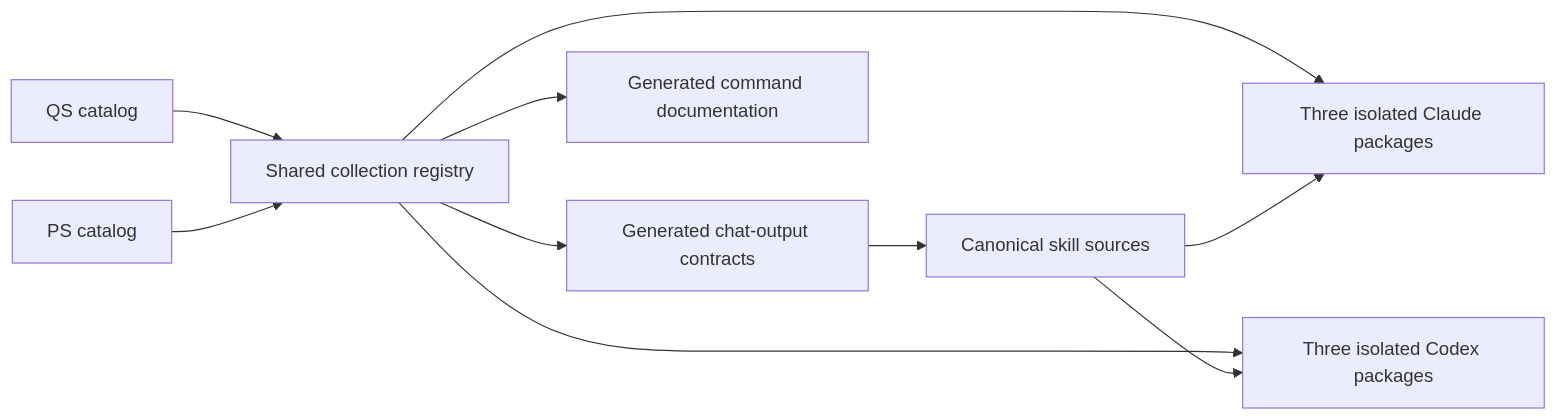
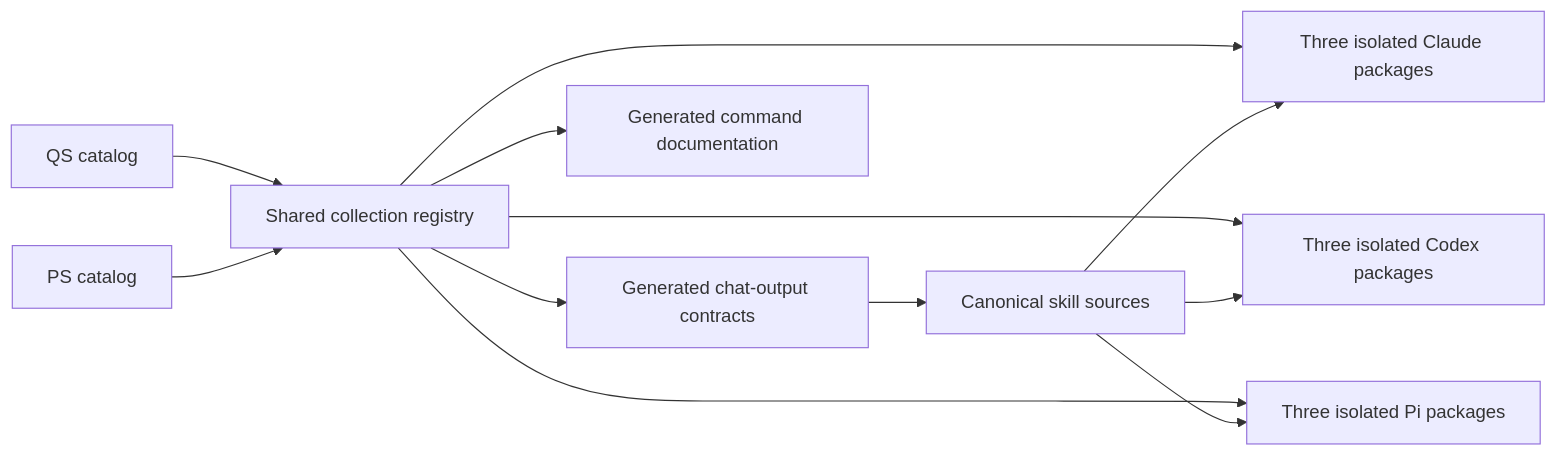
One commit to quickstark/skills changed the diagram in docs/architecture.md. Above: the diagram before and after it, drawn with Mermaid. The commit also changed other lines of this file and 172 other files, not shown here.

````diff
--- a/docs/architecture.md
+++ b/docs/architecture.md
@@ -7,12 +7,14 @@
 ```mermaid
 flowchart LR
     qs["QS catalog"] --> registry["Shared collection registry"]
     ps["PS catalog"] --> registry
     registry --> contracts["Generated chat-output contracts"]
     registry --> docs["Generated command documentation"]
     registry --> claude["Three isolated Claude packages"]
     registry --> codex["Three isolated Codex packages"]
+    registry --> pi["Three isolated Pi packages"]
     contracts --> sources["Canonical skill sources"]
     sources --> claude
     sources --> codex
+    sources --> pi
 ```
````
